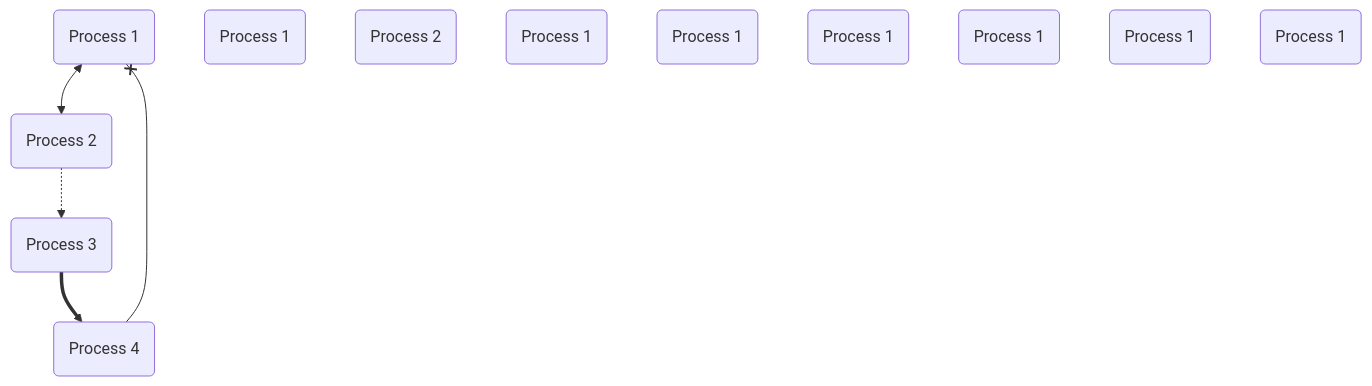
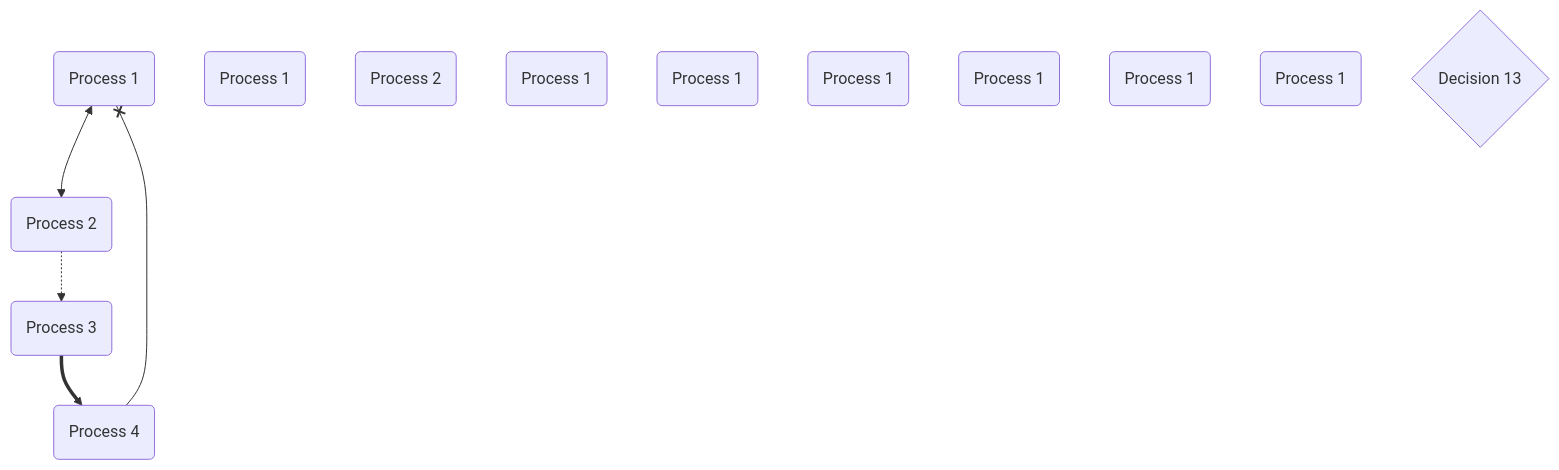
The diagram in mmd/123_04d97162-0453-404a-a3b5-2b88ef3dc39f.mmd (pingpm/mermaid_vault), drawn with Mermaid before and after one commit. The commit also changed 6 other files, not shown here.

Commit message:
Sync Mermaid Studio data (27 diagrams)

```diff
--- a/mmd/123_04d97162-0453-404a-a3b5-2b88ef3dc39f.mmd
+++ b/mmd/123_04d97162-0453-404a-a3b5-2b88ef3dc39f.mmd
@@ -1,17 +1,18 @@
 flowchart TD
   n_0("Process 1")
   n_1("Process 2")
   n_2("Process 3")
   n_3("Process 4")
   n_4("Process 1")
   n_5("Process 2")
   n_6("Process 1")
   n_7("Process 1")
   n_8("Process 1")
   n_9("Process 1")
   n_10("Process 1")
   n_11("Process 1")
+  n_12{"Decision 13"}
   n_0 <--> n_1
   n_1 -.-> n_2
   n_2 ==> n_3
   n_3 --x n_0
```
